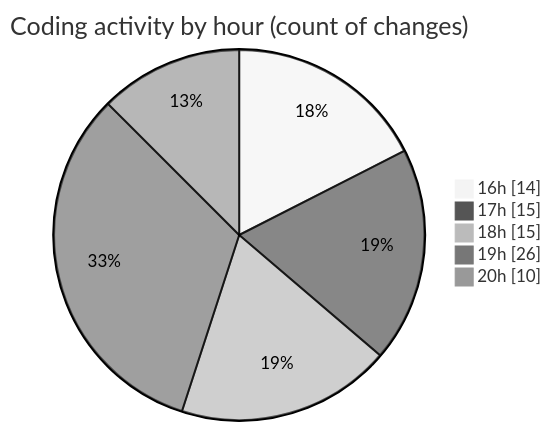
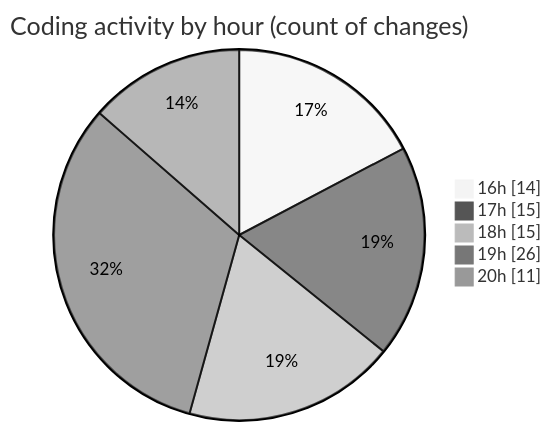
The second of 2 diagrams in 2025-01-31/flask/README.md (Elitesun/code-tracking), drawn with Mermaid (neutral theme) before and after one commit. The commit also changed other lines of this file and 1 other file, not shown here.

````diff
--- a/2025-01-31/flask/README.md
+++ b/2025-01-31/flask/README.md
@@ -38,9 +38,9 @@
 ```mermaid
 pie showData
 title Coding activity by hour (count of changes)
 "16h" : 14
 "17h" : 15
 "18h" : 15
 "19h" : 26
-"20h" : 10
+"20h" : 11
 ```
````
